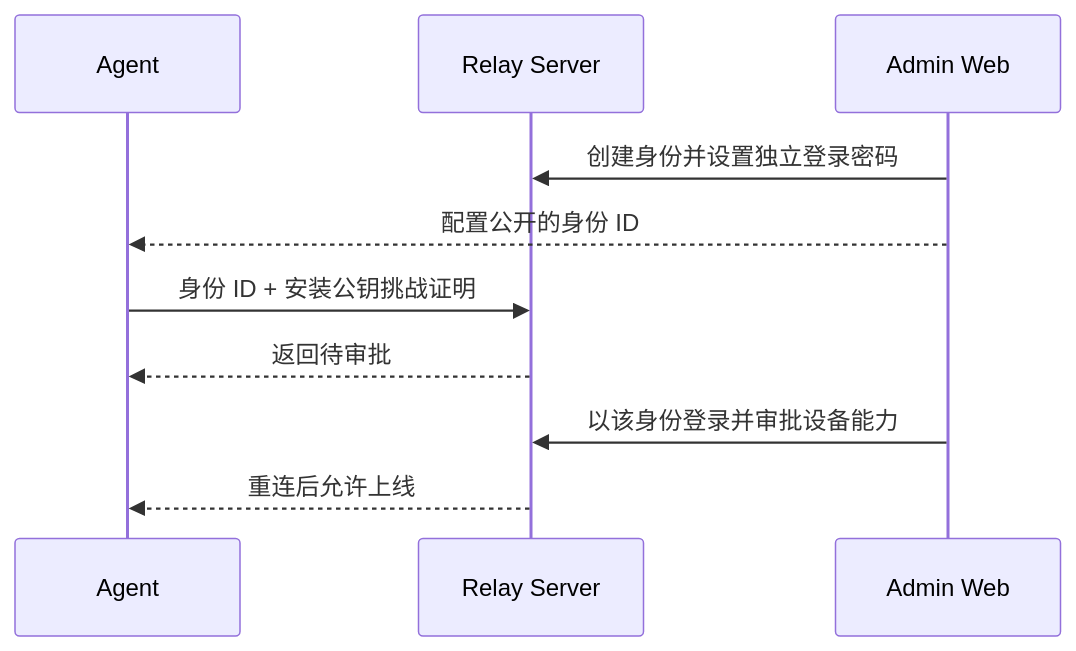
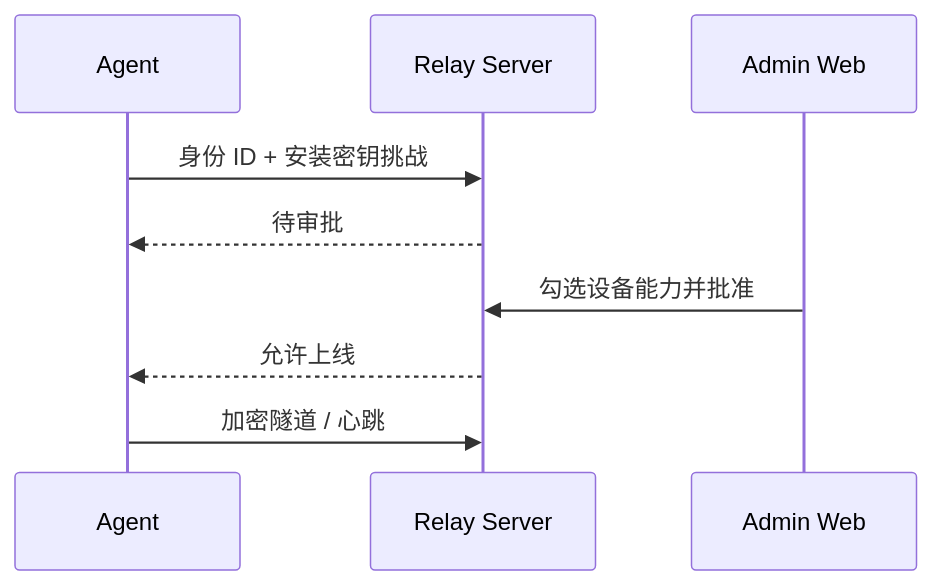
Before and after one commit to timwai/RelayProxy: the second of 6 diagrams in README.md, drawn with Mermaid. The commit also changed other lines of this file and 81 other files, not shown here.

````diff
--- a/README.md
+++ b/README.md
@@ -76,13 +97,12 @@
 ```mermaid
 sequenceDiagram
     participant A as Agent
     participant S as Relay Server
     participant W as Admin Web
 
-    W->>S: 创建身份并设置独立登录密码
-    W-->>A: 配置公开的身份 ID
-    A->>S: 身份 ID + 安装公钥挑战证明
-    S-->>A: 返回待审批
-    W->>S: 以该身份登录并审批设备能力
-    S-->>A: 重连后允许上线
+    A->>S: 身份 ID + 安装密钥挑战
+    S-->>A: 待审批
+    W->>S: 勾选设备能力并批准
+    S-->>A: 允许上线
+    A->>S: 加密隧道 / 心跳
 ```
````
